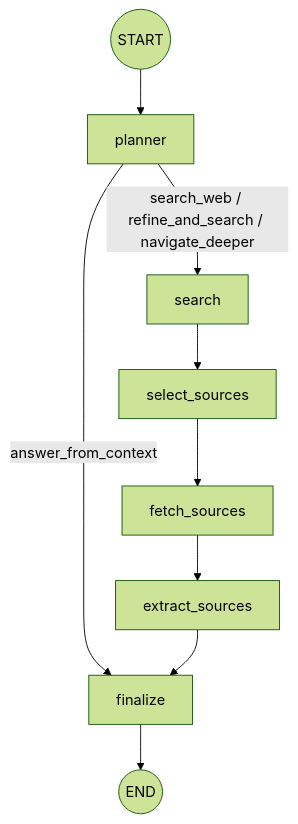
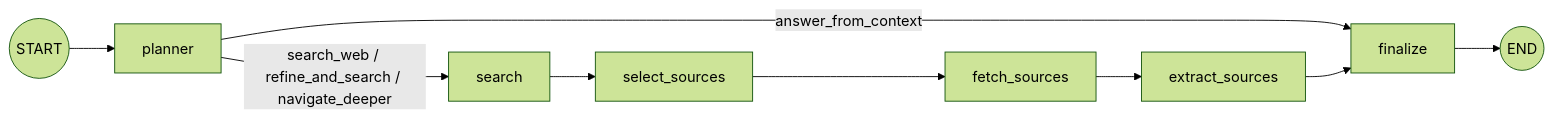
Before and after one commit to kunalchaturvedi/agentic-browser: the third of 3 diagrams in docs/design.md, drawn with Mermaid (forest theme). The commit also changed other lines of this file and 4 other files, not shown here.

````diff
--- a/docs/design.md
+++ b/docs/design.md
@@ -109,11 +118,11 @@
 ```mermaid
-flowchart TD
+flowchart LR
     Start((START)) --> PlannerNode[planner]
     PlannerNode -->|answer_from_context| Finalize[finalize]
     PlannerNode -->|search_web / refine_and_search / navigate_deeper| SearchNode[search]
     SearchNode --> SelectSources[select_sources]
     SelectSources --> FetchSources[fetch_sources]
     FetchSources --> ExtractSources[extract_sources]
     ExtractSources --> Finalize
     Finalize --> End((END))
 ```
````
